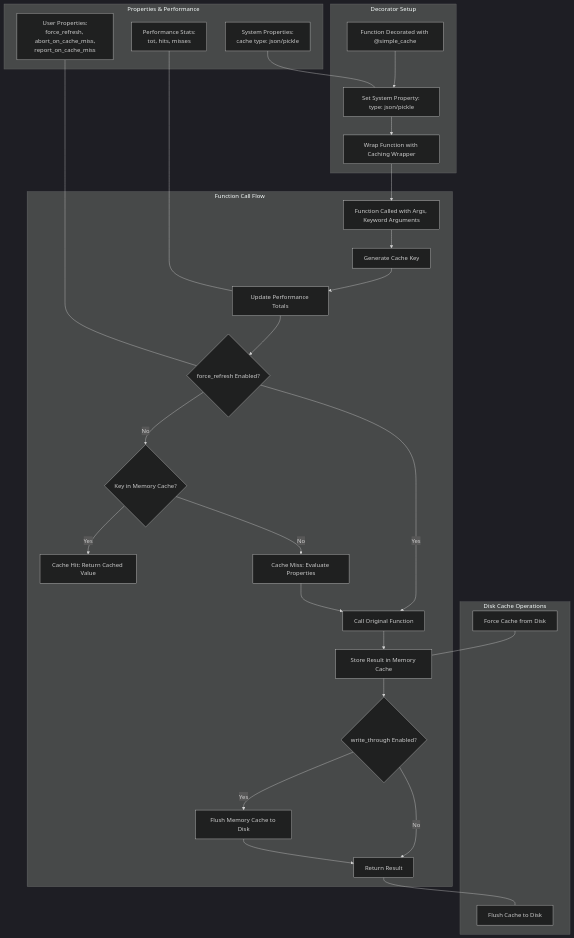
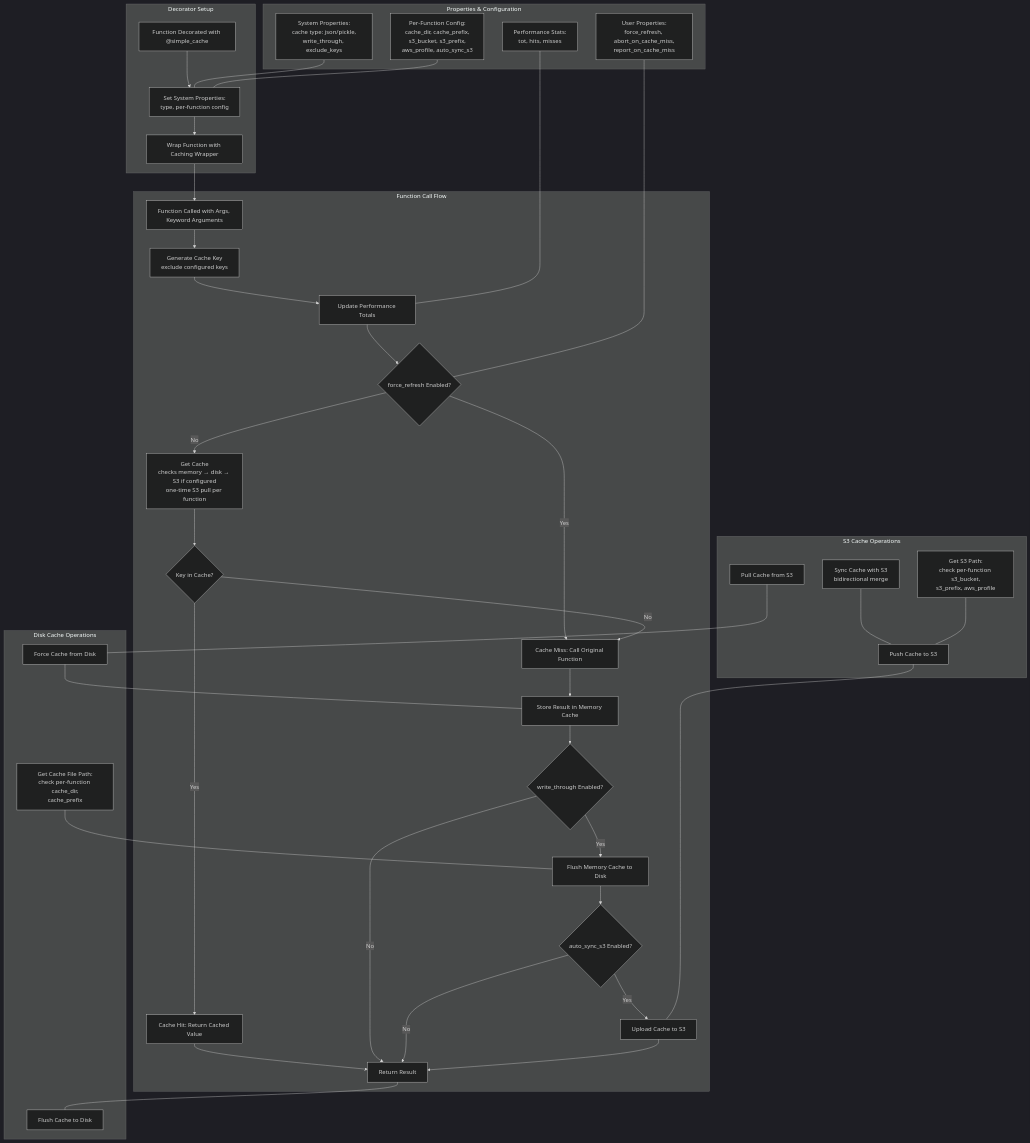
The diagram in docs/tools/helpers/all.hcache_simple.explanation.md (causify-ai/helpers), drawn with Mermaid (dark theme) before and after one commit. The commit also changed other lines of this file and 5 other files, not shown here.

````diff
--- a/docs/tools/helpers/all.hcache_simple.explanation.md
+++ b/docs/tools/helpers/all.hcache_simple.explanation.md
@@ -435,7 +1008,7 @@
     %% Decorator Setup %%
     subgraph "Decorator Setup"
         A1[Function Decorated with @simple_cache]
-        A2[Set System Property: type: json/pickle]
+        A2[Set System Properties:<br>type, per-function config]
         A3[Wrap Function with Caching Wrapper]
         A1 --> A2
         A2 --> A3
@@ -444,17 +1017,19 @@
     %% Function Call Flow %%
     subgraph "Function Call Flow"
         B1[Function Called with Args, Keyword Arguments]
-        B2[Generate Cache Key]
+        B2[Generate Cache Key<br>exclude configured keys]
         B3[Update Performance Totals]
         B4{force_refresh Enabled?}
-        B5{Key in Memory Cache?}
-        B6[Cache Hit: Return Cached Value]
-        B7[Cache Miss: Evaluate Properties]
-        B8[Call Original Function]
+        B5[Get Cache<br>checks memory → disk → S3 if configured<br>one-time S3 pull per function]
+        B6{Key in Cache?}
+        B7[Cache Hit: Return Cached Value]
+        B8[Cache Miss: Call Original Function]
         B9[Store Result in Memory Cache]
         B10{write_through Enabled?}
         B11[Flush Memory Cache to Disk]
-        B12[Return Result]
+        B12{auto_sync_s3 Enabled?}
+        B13[Upload Cache to S3]
+        B14[Return Result]
 
         A3 --> B1
         B1 --> B2
@@ -462,33 +1037,53 @@
         B3 --> B4
         B4 -- Yes --> B8
         B4 -- No --> B5
-        B5 -- Yes --> B6
-        B5 -- No --> B7
-        B7 --> B8
+        B5 --> B6
+        B6 -- Yes --> B7
+        B6 -- No --> B8
+        B7 --> B14
         B8 --> B9
         B9 --> B10
         B10 -- Yes --> B11
-        B10 -- No --> B12
+        B10 -- No --> B14
         B11 --> B12
+        B12 -- Yes --> B13
+        B12 -- No --> B14
+        B13 --> B14
     end
 
     %% Disk Cache Operations %%
     subgraph "Disk Cache Operations"
         C1[Flush Cache to Disk]
         C2[Force Cache from Disk]
+        C3[Get Cache File Path:<br>check per-function cache_dir,<br>cache_prefix]
+    end
+
+    %% S3 Cache Operations %%
+    subgraph "S3 Cache Operations"
+        E1[Push Cache to S3]
+        E2[Pull Cache from S3]
+        E3[Sync Cache with S3<br>bidirectional merge]
+        E4[Get S3 Path:<br>check per-function s3_bucket,<br>s3_prefix, aws_profile]
     end
 
     %% Cache Properties & Performance %%
-    subgraph "Properties & Performance"
+    subgraph "Properties & Configuration"
         D1[User Properties:<br>force_refresh, abort_on_cache_miss,<br>report_on_cache_miss]
-        D2[System Properties:<br>cache type: json/pickle]
-        D3[Performance Stats:<br>tot, hits, misses]
+        D2[System Properties:<br>cache type: json/pickle,<br>write_through, exclude_keys]
+        D3[Per-Function Config:<br>cache_dir, cache_prefix,<br>s3_bucket, s3_prefix,<br>aws_profile, auto_sync_s3]
+        D4[Performance Stats:<br>tot, hits, misses]
     end
 
     %% Connections for Reference %%
-    B12 --- C1
+    B14 --- C1
     C2 --- B9
+    C3 --- B11
     D1 --- B4
     D2 --- A2
-    D3 --- B3
+    D3 --- A2
+    D4 --- B3
+    E1 --- B13
+    E2 --- C2
+    E3 --- E1
+    E4 --- E1
 ```
````
